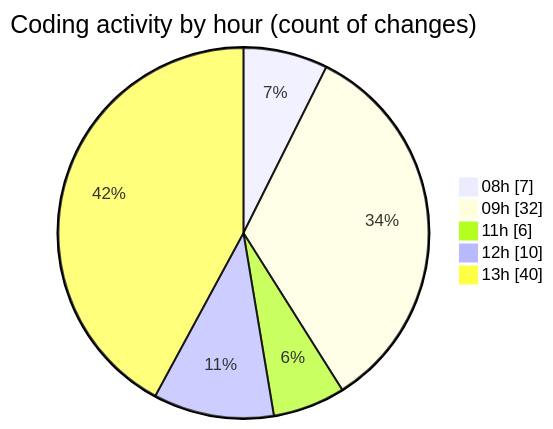
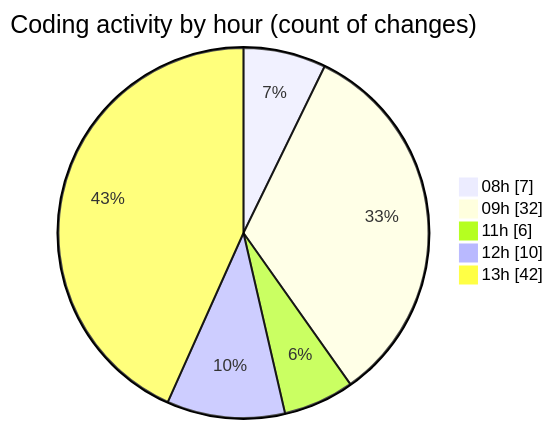
The second of 2 diagrams in 2026-09-04/cda/README.md (momahboobian/code-tracking), drawn with Mermaid before and after one commit. The commit also changed other lines of this file and 1 other file, not shown here.

````diff
--- a/2026-09-04/cda/README.md
+++ b/2026-09-04/cda/README.md
@@ -68,9 +69,9 @@
 ```mermaid
 pie showData
 title Coding activity by hour (count of changes)
 "08h" : 7
 "09h" : 32
 "11h" : 6
 "12h" : 10
-"13h" : 40
+"13h" : 42
 ```
````
